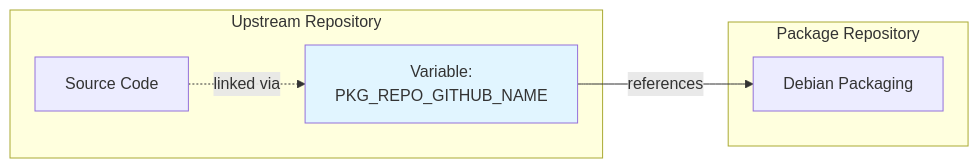
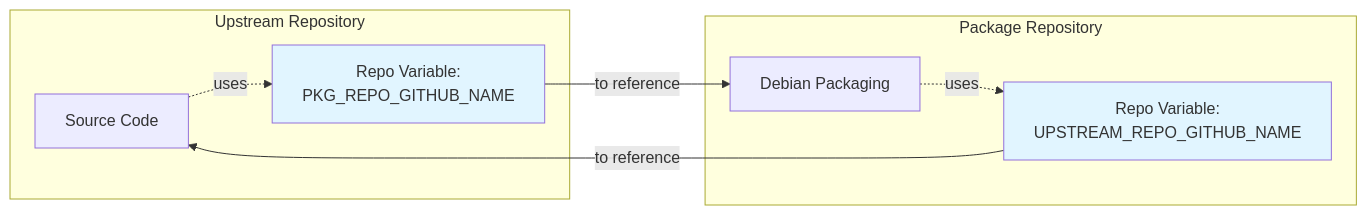
The diagram in docs/README.md (vemana1niranjan/qcom-build-utils), drawn with Mermaid before and after one commit. The commit also changed other lines of this file, not shown here.

````diff
--- a/docs/README.md
+++ b/docs/README.md
@@ -39,16 +39,21 @@
 ```mermaid
 flowchart LR
     subgraph US["Upstream Repository"]
         USC[Source Code]
-        USV["Variable:<br/>PKG_REPO_GITHUB_NAME"]
+        USV["Repo Variable:<br/>PKG_REPO_GITHUB_NAME"]
     end
     
     subgraph PKG["Package Repository"]
         PKGD[Debian Packaging]
+        PKGV["Repo Variable:<br/>UPSTREAM_REPO_GITHUB_NAME"]
     end
     
-    USC -.linked via.-> USV
-    USV -->|references| PKGD
+    USC -.uses.-> USV
+    USV -->|to reference| PKGD
     
+    PKGD -.uses.-> PKGV
+    PKGV -->|to reference| USC
+
     style USV fill:#e1f5ff
+    style PKGV fill:#e1f5ff
 ```
````
